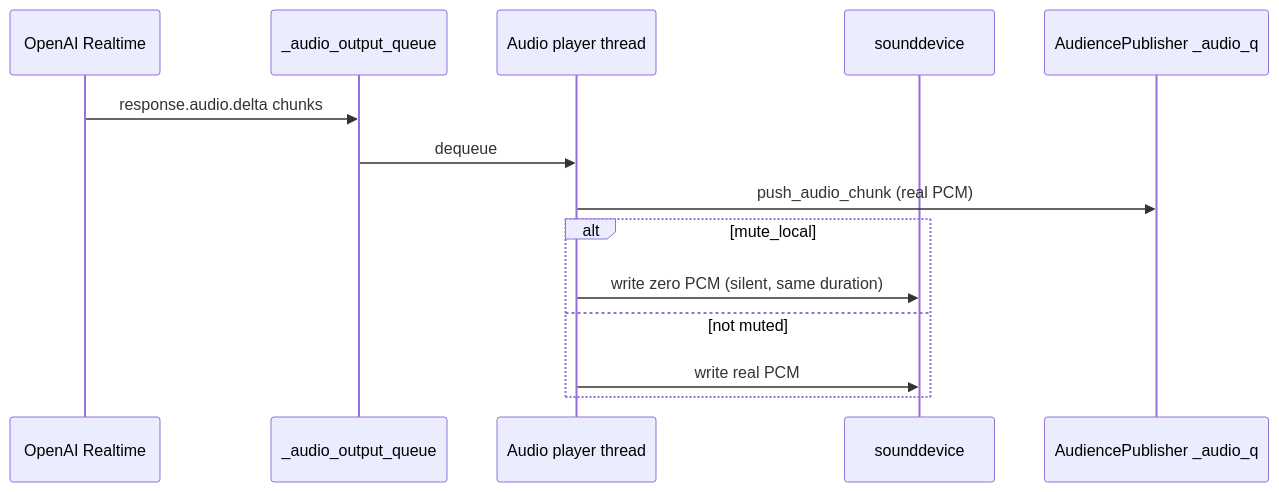
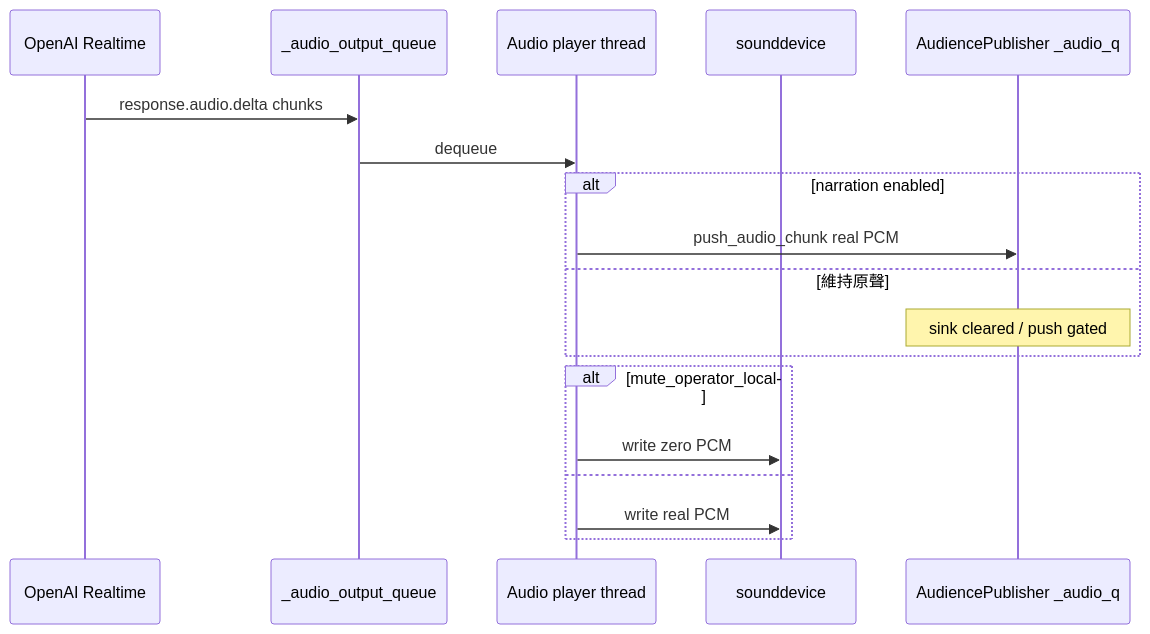
One commit to bolin35877766/miis_broadcast changed the second of 2 diagrams in src/miis_broadcast/audience/README.md. Above: the diagram before and after it, drawn with Mermaid. The commit also changed other lines of this file and 6 other files, not shown here.

````diff
--- a/src/miis_broadcast/audience/README.md
+++ b/src/miis_broadcast/audience/README.md
@@ -81,17 +103,21 @@
 ```mermaid
 sequenceDiagram
   participant API as OpenAI Realtime
   participant Q as _audio_output_queue
   participant P as Audio player thread
   participant SD as sounddevice
   participant LK as AudiencePublisher _audio_q
 
   API->>Q: response.audio.delta chunks
   Q->>P: dequeue
-  P->>LK: push_audio_chunk (real PCM)
-  alt mute_local
-    P->>SD: write zero PCM (silent, same duration)
-  else not muted
+  alt narration enabled
+    P->>LK: push_audio_chunk real PCM
+  else 維持原聲
+    Note over LK: sink cleared / push gated
+  end
+  alt mute_operator_local
+    P->>SD: write zero PCM
+  else
     P->>SD: write real PCM
   end
 ```
````
